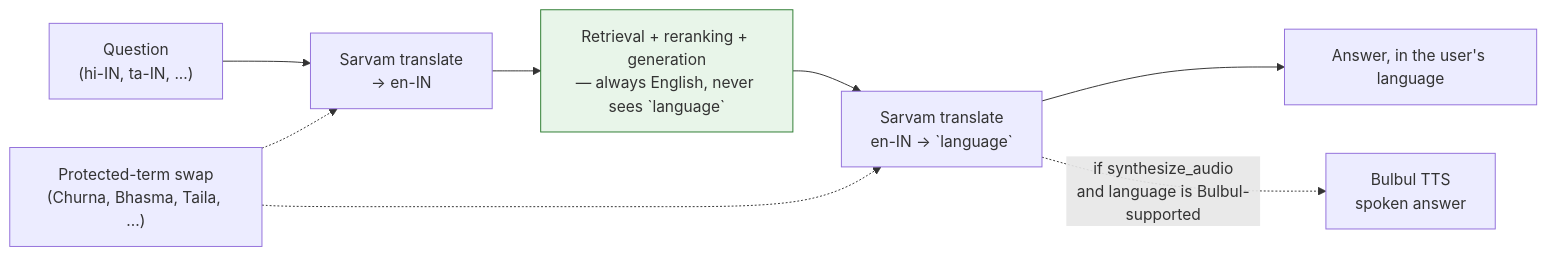
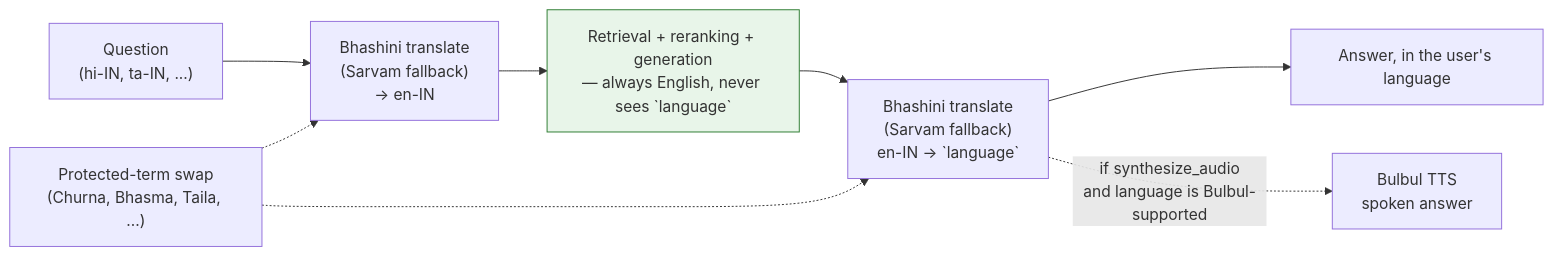
One commit to ayushanand27/sih-2026 changed the third of 5 diagrams in README.md. Above: the diagram before and after it, drawn with Mermaid. The commit also changed other lines of this file and 59 other files, not shown here.

````diff
--- a/README.md
+++ b/README.md
@@ -132,13 +132,13 @@
 ```mermaid
 flowchart LR
-    Q["Question<br/>(hi-IN, ta-IN, ...)"] --> T1["Sarvam translate<br/>-> en-IN"]
+    Q["Question<br/>(hi-IN, ta-IN, ...)"] --> T1["Bhashini translate<br/>(Sarvam fallback)<br/>-> en-IN"]
     T1 --> PIPE["Retrieval + reranking + generation<br/>— always English, never sees `language`"]
-    PIPE --> T2["Sarvam translate<br/>en-IN -> `language`"]
+    PIPE --> T2["Bhashini translate<br/>(Sarvam fallback)<br/>en-IN -> `language`"]
     T2 --> ANS["Answer, in the user's language"]
     T2 -.->|"if synthesize_audio<br/>and language is Bulbul-supported"| TTS["Bulbul TTS<br/>spoken answer"]
 
     PROT["Protected-term swap<br/>(Churna, Bhasma, Taila, ...)"] -.-> T1
     PROT -.-> T2
 
     style PIPE fill:#e8f5e9,stroke:#2e7d32
 ```
````
